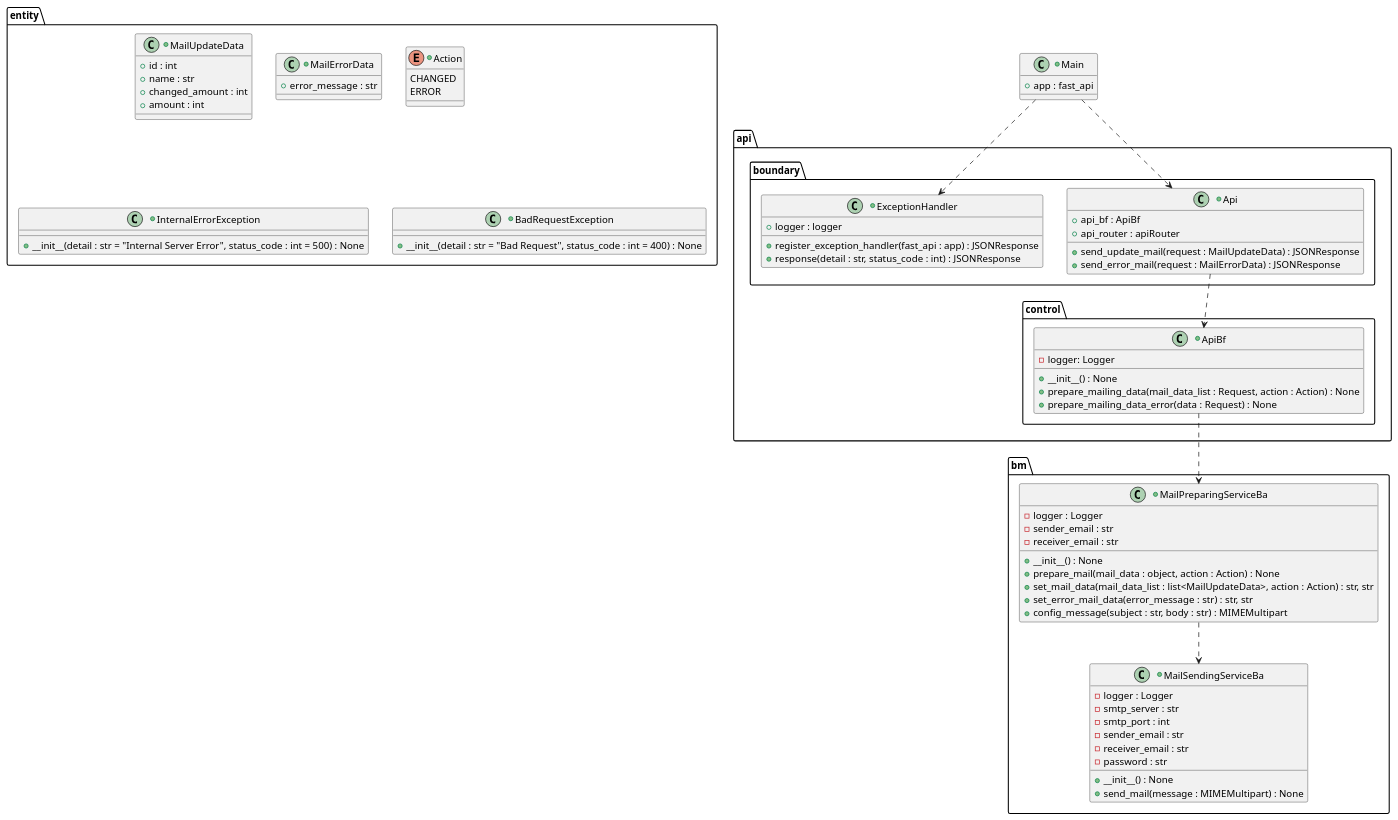
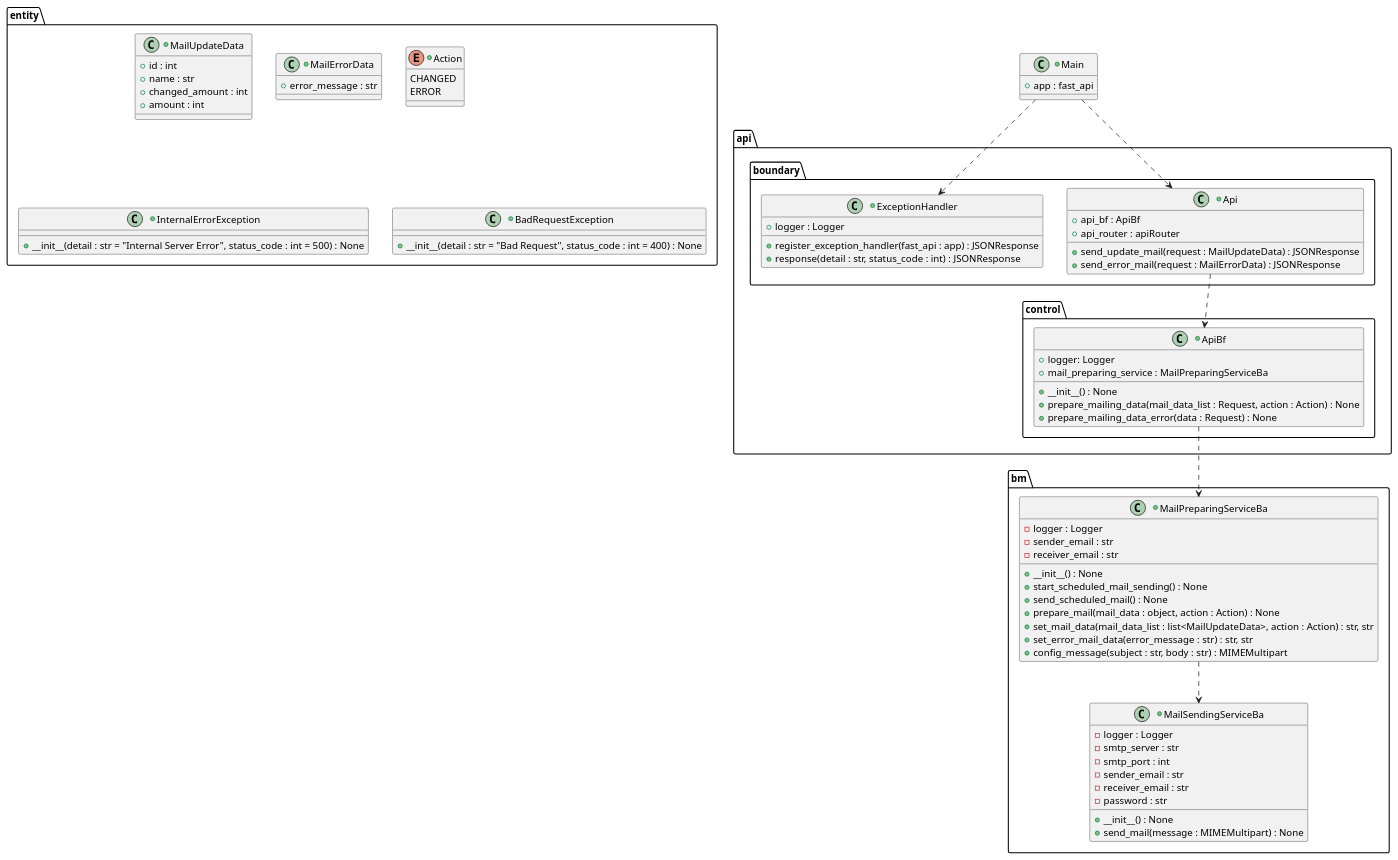
Before and after one commit to Marcey1611/stock-tracker-project-sysad-ws2425: the diagram in doc/documentation/services/mailing_service/class_diagram.puml, drawn with PlantUML. The commit also changed 3 other files, not shown here.

```diff
--- a/doc/documentation/services/mailing_service/class_diagram.puml
+++ b/doc/documentation/services/mailing_service/class_diagram.puml
@@ -1,96 +1,100 @@
 @startuml
 
 package api {
     package boundary {
         +class Api {
             +api_bf : ApiBf
             +api_router : apiRouter
 
             +send_update_mail(request : MailUpdateData) : JSONResponse
             +send_error_mail(request : MailErrorData) : JSONResponse
         }
 
         +class ExceptionHandler {
-            +logger : logger
+            +logger : Logger
 
             +register_exception_handler(fast_api : app) : JSONResponse
             +response(detail : str, status_code : int) : JSONResponse
         }
     }
 
     package control {
         +class ApiBf {
-            - logger: Logger
+            +logger: Logger
+            +mail_preparing_service : MailPreparingServiceBa
+
 
             +__init__() : None
             +prepare_mailing_data(mail_data_list : Request, action : Action) : None
             +prepare_mailing_data_error(data : Request) : None
         }
     }
 }
 
 package bm {
     +class MailPreparingServiceBa {
         - logger : Logger
         - sender_email : str
         - receiver_email : str
 
         + __init__() : None
+        + start_scheduled_mail_sending() : None
+        + send_scheduled_mail() : None
         + prepare_mail(mail_data : object, action : Action) : None
         + set_mail_data(mail_data_list : list<MailUpdateData>, action : Action) : str, str
         + set_error_mail_data(error_message : str) : str, str
         + config_message(subject : str, body : str) : MIMEMultipart
     }
     +class MailSendingServiceBa {
         - logger : Logger
         - smtp_server : str
         - smtp_port : int
         - sender_email : str
         - receiver_email : str
         - password : str
 
         + __init__() : None
         + send_mail(message : MIMEMultipart) : None
     }
 }
 
 package entity {
     +class MailUpdateData {
         + id : int
         + name : str
         + changed_amount : int
         + amount : int
     }
 
     +class MailErrorData {
         + error_message : str
     }
 
     +enum Action {
         CHANGED
         ERROR
     }
 
     +class InternalErrorException {
         + __init__(detail : str = "Internal Server Error", status_code : int = 500) : None
     }
 
     +class BadRequestException {
         +__init__(detail : str = "Bad Request", status_code : int = 400) : None
     }
 }
 
 +class Main {
     +app : fast_api
 }
 
 Main ..> ExceptionHandler
 Main ..> Api
 
 Api ..> ApiBf
 
 ApiBf ..> MailPreparingServiceBa
 
 MailPreparingServiceBa ..> MailSendingServiceBa
 
 @enduml
```
